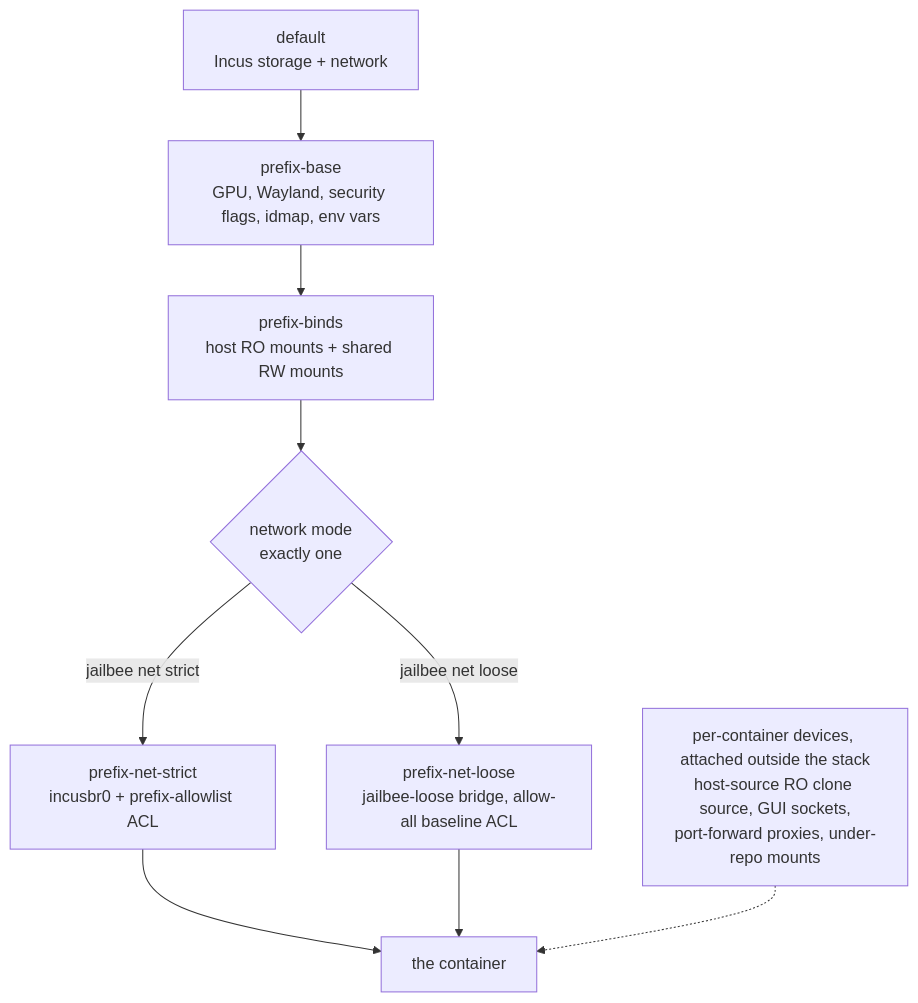
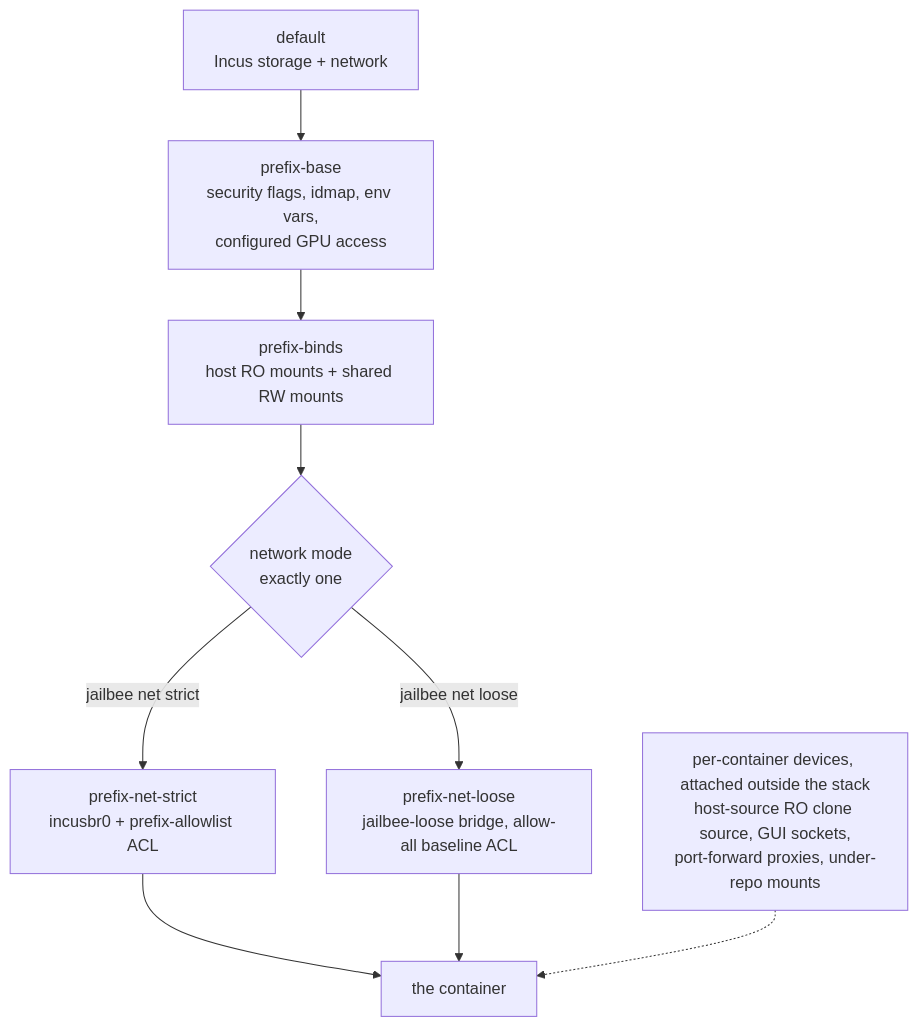
One commit to VRTFinland/jailbee changed the second of 3 diagrams in docs/architecture.md. Above: the diagram before and after it, drawn with Mermaid. The commit also changed other lines of this file, not shown here.

First line of the commit message:
docs(architecture): align system overview with current behavior

````diff
--- a/docs/architecture.md
+++ b/docs/architecture.md
@@ -60,18 +74,18 @@
 ```mermaid
 flowchart TB
     P0["default<br>Incus storage + network"]
-    P1["prefix-base<br>GPU, Wayland, security flags, idmap, env vars"]
+    P1["prefix-base<br>security flags, idmap, env vars,<br>configured GPU access"]
     P2["prefix-binds<br>host RO mounts + shared RW mounts"]
     MODE{"network mode<br>exactly one"}
     P3A["prefix-net-strict<br>incusbr0 + prefix-allowlist ACL"]
     P3B["prefix-net-loose<br>jailbee-loose bridge, allow-all baseline ACL"]
     CT["the container"]
     DEV["per-container devices, attached outside the stack<br>host-source RO clone source, GUI sockets,<br>port-forward proxies, under-repo mounts"]
 
     P0 --> P1 --> P2 --> MODE
     MODE -->|"jailbee net strict"| P3A
     MODE -->|"jailbee net loose"| P3B
     P3A --> CT
     P3B --> CT
     DEV -.-> CT
 ```
````
